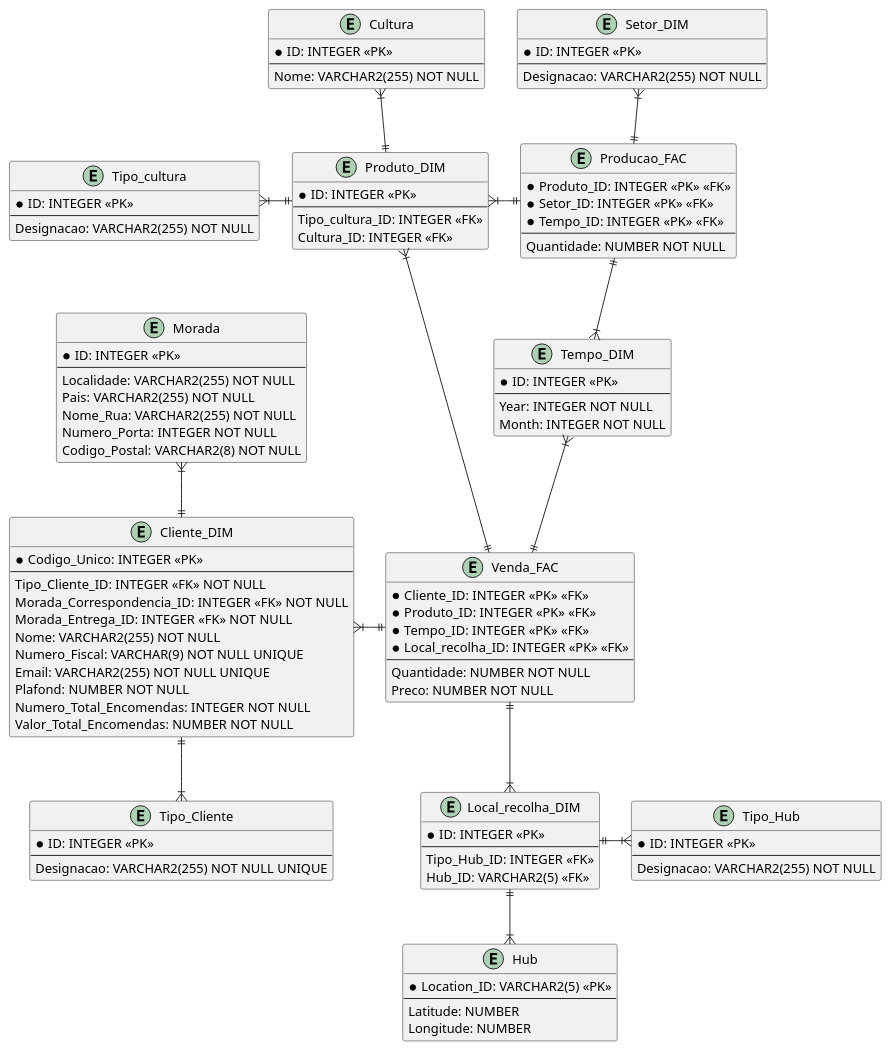
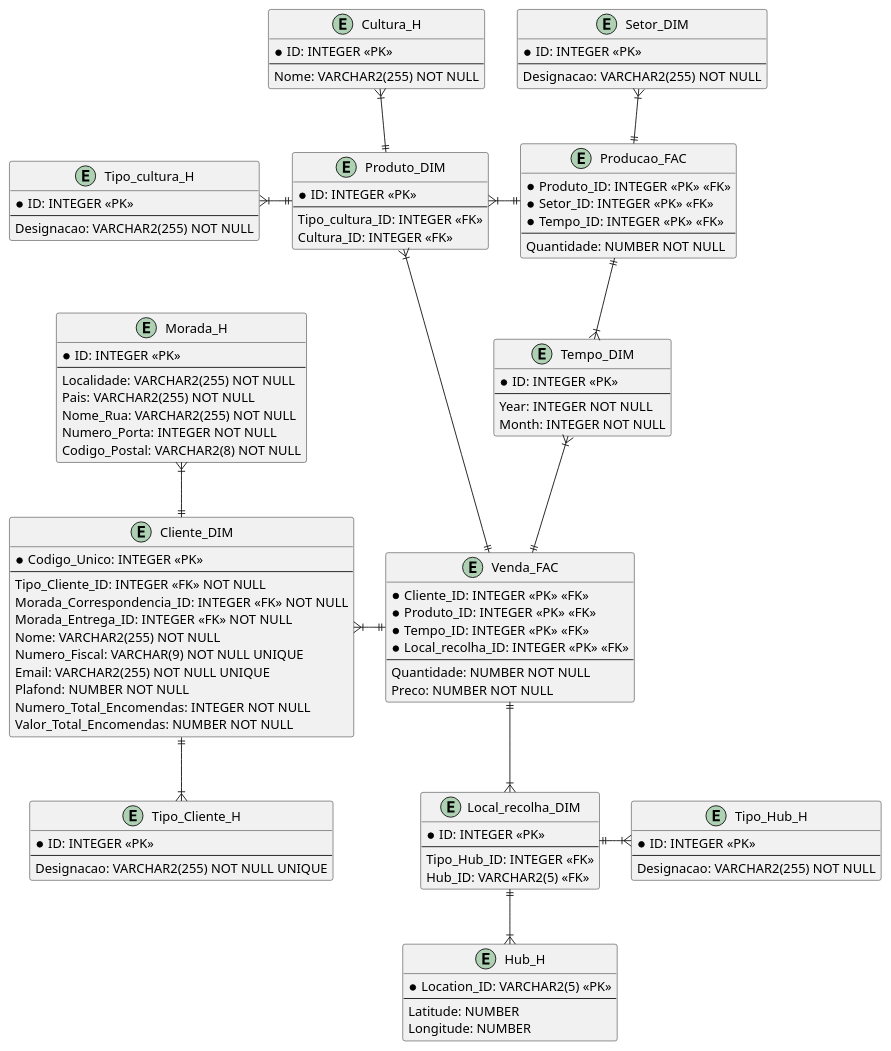
The diagram in BDDAD/Data_Warehouse.puml (Mendoncaa/LAPR3), drawn with PlantUML before and after one commit. The commit also changed 2 other files, not shown here.

```diff
--- a/BDDAD/Data_Warehouse.puml
+++ b/BDDAD/Data_Warehouse.puml
@@ -1,120 +1,120 @@
 
 entity Setor_DIM {
     * ID: INTEGER <<PK>>
     --
     Designacao: VARCHAR2(255) NOT NULL
 }
 
-entity Cultura {
+entity Cultura_H {
     * ID: INTEGER <<PK>>
     --
     Nome: VARCHAR2(255) NOT NULL
 }
 
-entity Tipo_cultura {
+entity Tipo_cultura_H {
     * ID: INTEGER <<PK>>
     --
     Designacao: VARCHAR2(255) NOT NULL
 }
 
 entity Produto_DIM {
     * ID: INTEGER <<PK>>
     --
     Tipo_cultura_ID: INTEGER <<FK>>
     Cultura_ID: INTEGER <<FK>>
 }
 
 entity Tempo_DIM {
     * ID: INTEGER <<PK>>
     --
     Year: INTEGER NOT NULL
     Month: INTEGER NOT NULL
 }
 
-entity Tipo_Hub {
+entity Tipo_Hub_H {
     * ID: INTEGER <<PK>>
     --
     Designacao: VARCHAR2(255) NOT NULL
 }
 
-entity Hub {
+entity Hub_H {
     *Location_ID: VARCHAR2(5) <<PK>>
     --
     Latitude: NUMBER
     Longitude: NUMBER
 }
 
 entity Local_recolha_DIM {
     * ID: INTEGER <<PK>>
     --
     Tipo_Hub_ID: INTEGER <<FK>>
     Hub_ID: VARCHAR2(5) <<FK>>
 }
 
 
 entity Cliente_DIM {
     * Codigo_Unico: INTEGER <<PK>>
     --
     Tipo_Cliente_ID: INTEGER <<FK>> NOT NULL
     Morada_Correspondencia_ID: INTEGER <<FK>> NOT NULL
     Morada_Entrega_ID: INTEGER <<FK>> NOT NULL
     Nome: VARCHAR2(255) NOT NULL
     Numero_Fiscal: VARCHAR(9) NOT NULL UNIQUE
     Email: VARCHAR2(255) NOT NULL UNIQUE
     Plafond: NUMBER NOT NULL
     Numero_Total_Encomendas: INTEGER NOT NULL
     Valor_Total_Encomendas: NUMBER NOT NULL
 }
 
 
-entity Morada {
+entity Morada_H {
     * ID: INTEGER <<PK>>
     --
     Localidade: VARCHAR2(255) NOT NULL
     Pais: VARCHAR2(255) NOT NULL
     Nome_Rua: VARCHAR2(255) NOT NULL
     Numero_Porta: INTEGER NOT NULL
     Codigo_Postal: VARCHAR2(8) NOT NULL
 }
 
 
-entity Tipo_Cliente {
+entity Tipo_Cliente_H {
     * ID: INTEGER <<PK>>
     --
     Designacao: VARCHAR2(255) NOT NULL UNIQUE
 }
 
 entity Producao_FAC {
     *Produto_ID: INTEGER <<PK>> <<FK>>
     *Setor_ID: INTEGER <<PK>> <<FK>>
     *Tempo_ID: INTEGER <<PK>> <<FK>>
     --
     Quantidade: NUMBER NOT NULL
 }
 
 entity Venda_FAC {
     *Cliente_ID: INTEGER <<PK>> <<FK>>
     *Produto_ID: INTEGER <<PK>> <<FK>>
     *Tempo_ID: INTEGER <<PK>> <<FK>>
     *Local_recolha_ID: INTEGER <<PK>> <<FK>>
     --
     Quantidade: NUMBER NOT NULL
     Preco: NUMBER NOT NULL
 }
 
 Producao_FAC ||-l-|{ Produto_DIM
 Producao_FAC ||-u-|{ Setor_DIM
 Producao_FAC ||-d-|{ Tempo_DIM
 
 Venda_FAC ||-l-|{ Cliente_DIM
 Venda_FAC ||-r-|{ Produto_DIM
 Venda_FAC ||-u-|{ Tempo_DIM
 Venda_FAC ||-d-|{ Local_recolha_DIM
 
-Cliente_DIM ||-u-|{ Morada
-Cliente_DIM ||-d-|{ Tipo_Cliente
-Produto_DIM ||-u-|{ Cultura
-Produto_DIM ||-l-|{ Tipo_cultura
+Cliente_DIM ||-u-|{ Morada_H
+Cliente_DIM ||-d-|{ Tipo_Cliente_H
+Produto_DIM ||-u-|{ Cultura_H
+Produto_DIM ||-l-|{ Tipo_cultura_H
 
-Local_recolha_DIM ||-d-|{ Hub
-Local_recolha_DIM ||-r-|{ Tipo_Hub
+Local_recolha_DIM ||-d-|{ Hub_H
+Local_recolha_DIM ||-r-|{ Tipo_Hub_H
```
